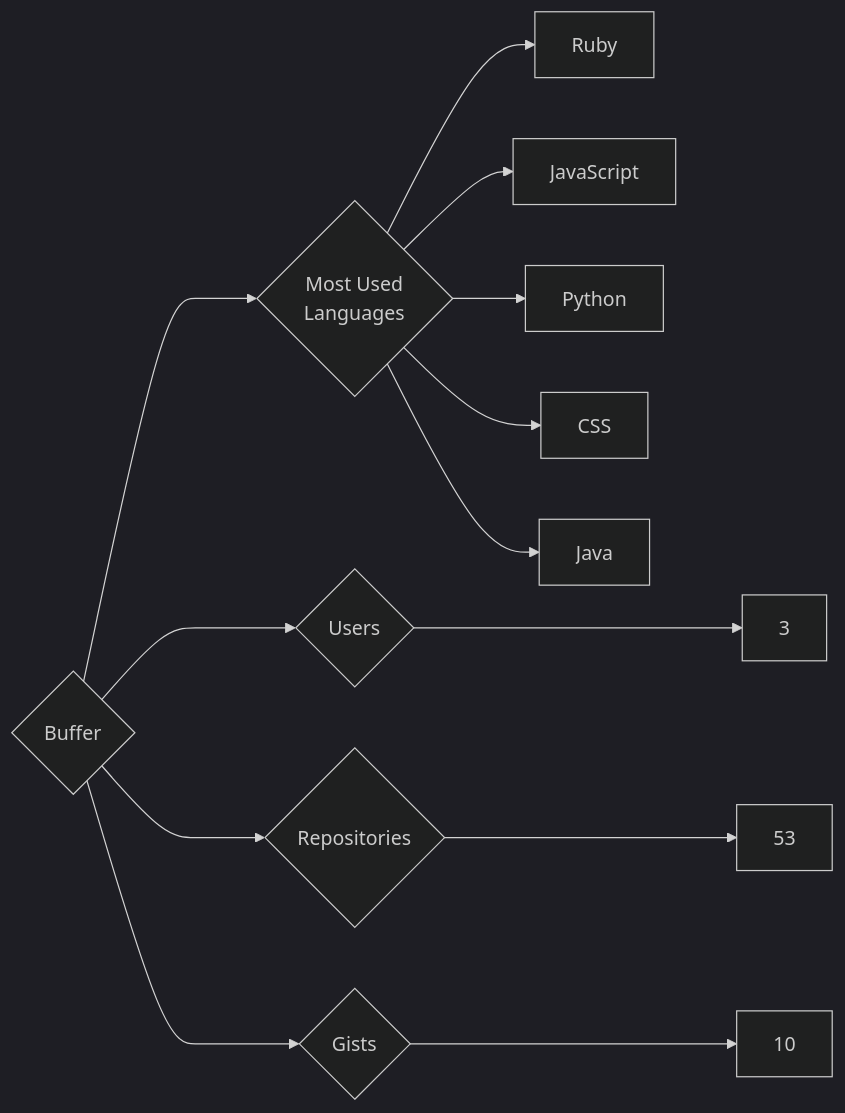
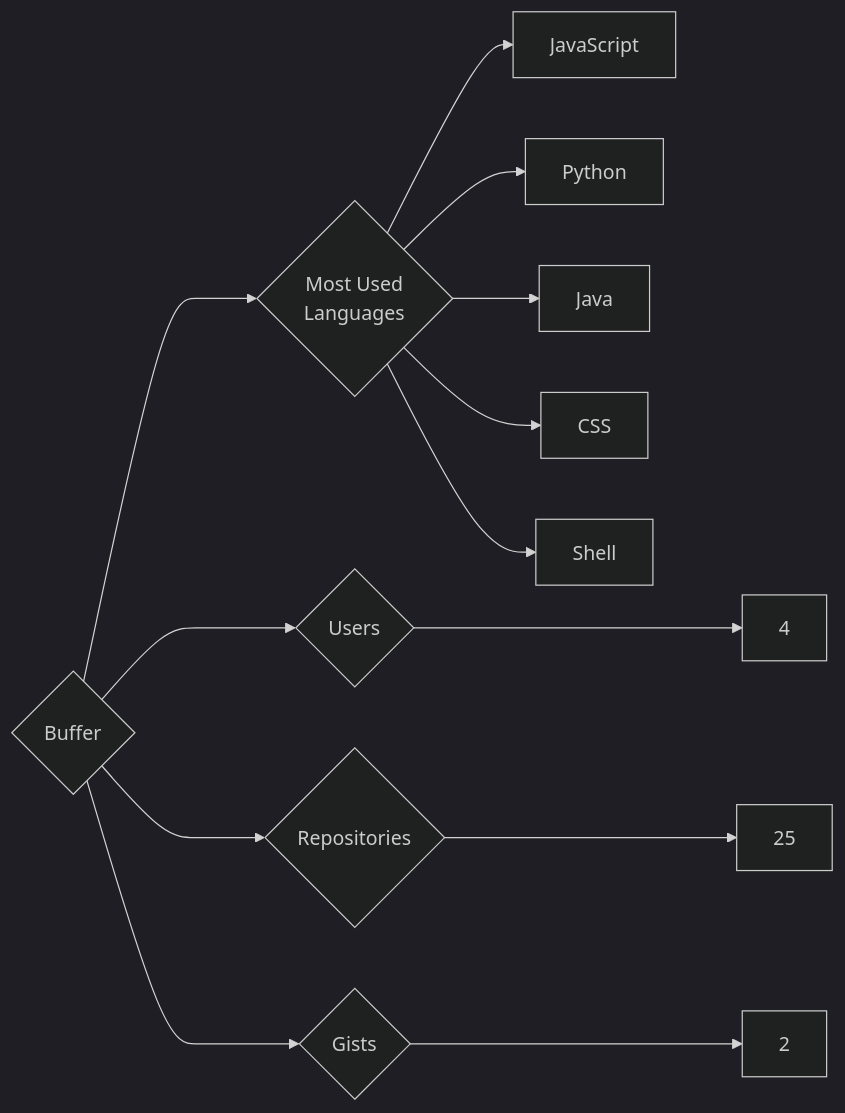
Before and after one commit to trickest/insiders: the diagram in targets/Buffer/README.md, drawn with Mermaid (dark theme). The commit also changed 865 other files, not shown here.

````diff
--- a/targets/Buffer/README.md
+++ b/targets/Buffer/README.md
@@ -3,13 +3,13 @@
 ```mermaid
 graph LR
 COMPANY_NAME{Buffer}
-COMPANY_NAME ---> U{Users} ---> UN[3]
-COMPANY_NAME ---> R{Repositories} ---> RN[53]
-COMPANY_NAME ---> G{Gists} ---> GN[10]
+COMPANY_NAME ---> U{Users} ---> UN[4]
+COMPANY_NAME ---> R{Repositories} ---> RN[25]
+COMPANY_NAME ---> G{Gists} ---> GN[2]
 COMPANY_NAME ---> ML{Most Used<br>Languages}
-ML --> Ruby[Ruby]
 ML --> JavaScript[JavaScript]
 ML --> Python[Python]
+ML --> Java[Java]
 ML --> CSS[CSS]
-ML --> Java[Java]
+ML --> Shell[Shell]
 ```
````
